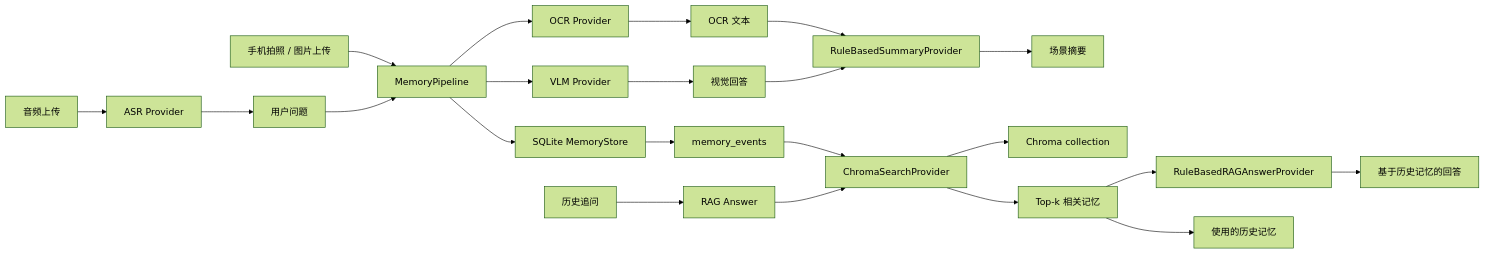
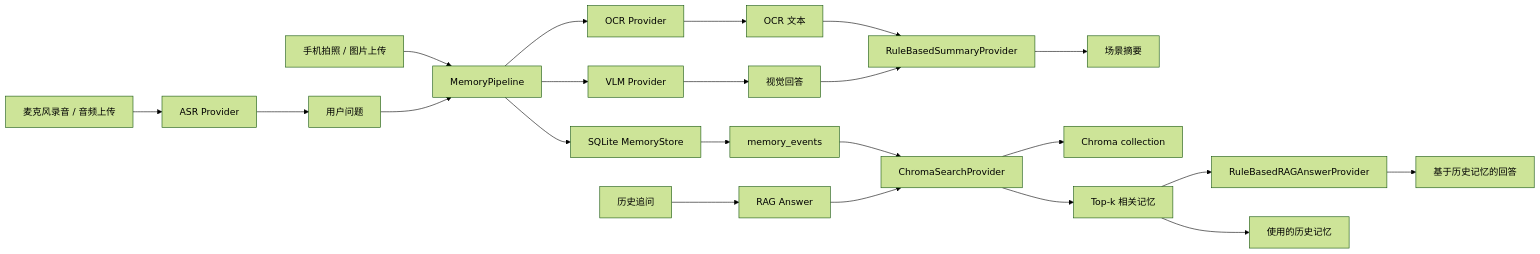
The diagram in docs/architecture/system-architecture.md (bashirmusamagaji19-debug/Arglasses), drawn with Mermaid (forest theme) before and after one commit. The commit also changed other lines of this file and 8 other files, not shown here.

````diff
--- a/docs/architecture/system-architecture.md
+++ b/docs/architecture/system-architecture.md
@@ -15,24 +15,24 @@
 ```mermaid
 flowchart LR
     A["手机拍照 / 图片上传"] --> B["MemoryPipeline"]
     C["用户问题"] --> B
-    T["音频上传"] --> U["ASR Provider"]
+    T["麦克风录音 / 音频上传"] --> U["ASR Provider"]
     U --> C
     B --> D["OCR Provider"]
     B --> E["VLM Provider"]
     D --> F["OCR 文本"]
     E --> G["视觉回答"]
     F --> H["RuleBasedSummaryProvider"]
     G --> H
     H --> I["场景摘要"]
     B --> J["SQLite MemoryStore"]
     J --> K["memory_events"]
     K --> L["ChromaSearchProvider"]
     L --> M["Chroma collection"]
     N["历史追问"] --> O["RAG Answer"]
     O --> L
     L --> P["Top-k 相关记忆"]
     P --> Q["RuleBasedRAGAnswerProvider"]
     Q --> R["基于历史记忆的回答"]
     P --> S["使用的历史记忆"]
 ```
````
